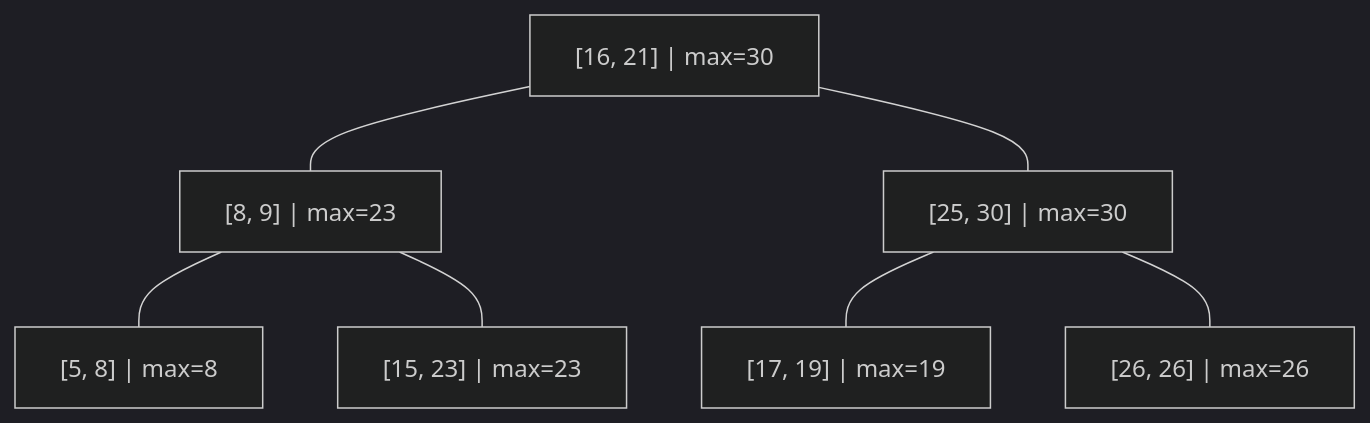
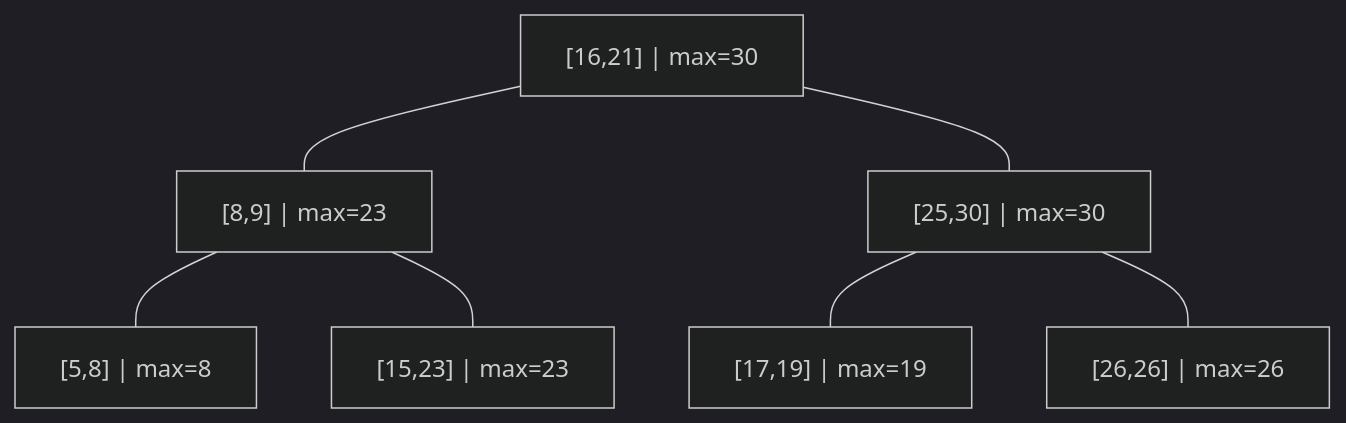
One commit to DeepLumiere/DeepSkills changed the sixth of 6 diagrams in notes/design_and_analysis_of_algorithms/Unit_03_Recurrence_and_Divide_Conquer.md. Above: the diagram before and after it, drawn with Mermaid (dark theme). The commit also changed other lines of this file and 1 other file, not shown here.

````diff
--- a/notes/design_and_analysis_of_algorithms/Unit_03_Recurrence_and_Divide_Conquer.md
+++ b/notes/design_and_analysis_of_algorithms/Unit_03_Recurrence_and_Divide_Conquer.md
@@ -1078,17 +724,9 @@
 ```mermaid
-
 flowchart TD
-
-    N16["[16, 21] | max=30"] --- N8["[8, 9] | max=23"]
-
-    N16 --- N25["[25, 30] | max=30"]
-
-    N8 --- N5["[5, 8] | max=8"]
-
-    N8 --- N15["[15, 23] | max=23"]
-
-    N25 --- N17["[17, 19] | max=19"]
-
-    N25 --- N26["[26, 26] | max=26"]
-
+    N16["[16,21] | max=30"] --- N8["[8,9] | max=23"]
+    N16 --- N25["[25,30] | max=30"]
+    N8 --- N5["[5,8] | max=8"]
+    N8 --- N15["[15,23] | max=23"]
+    N25 --- N17["[17,19] | max=19"]
+    N25 --- N26["[26,26] | max=26"]
 ```
````
